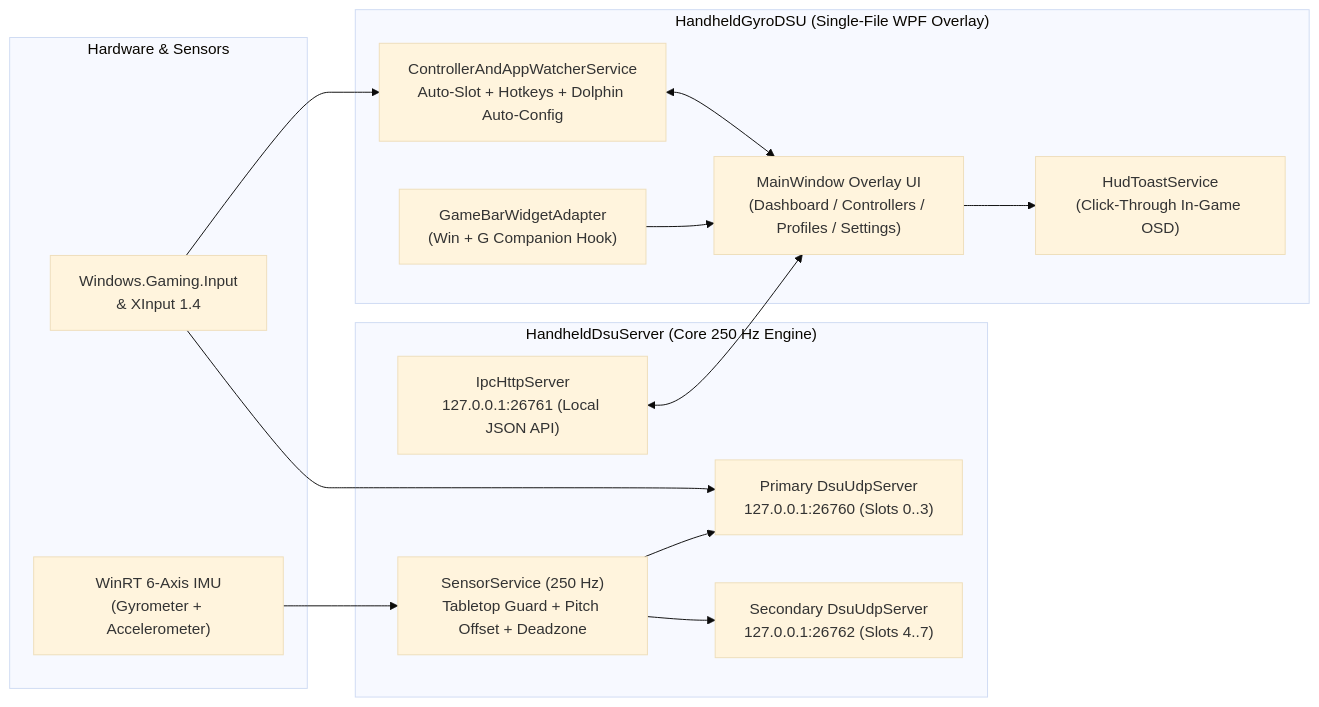
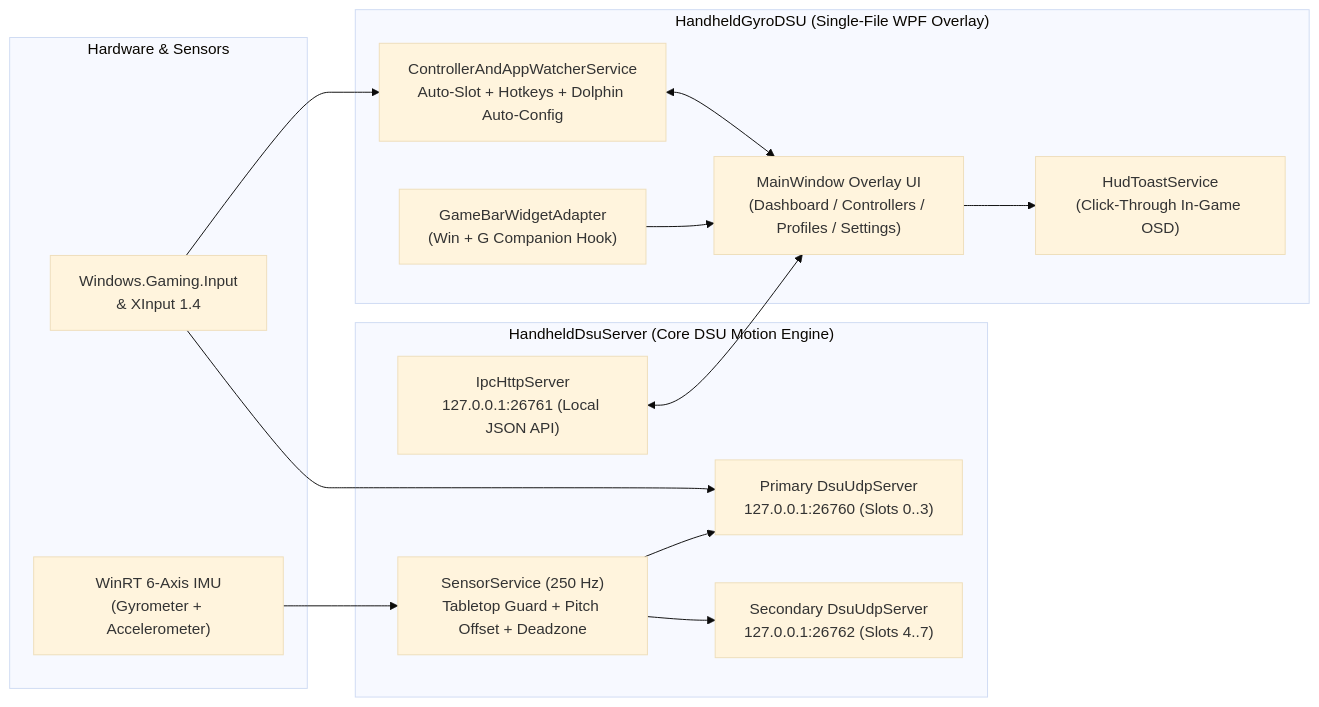
The diagram in README.md (brktlhylmz/HandheldGyroDSU), drawn with Mermaid (base theme) before and after one commit. The commit also changed other lines of this file and 8 other files, not shown here.

````diff
--- a/README.md
+++ b/README.md
@@ -124,31 +135,31 @@
 ```mermaid
 flowchart LR
     subgraph Hardware ["Hardware & Sensors"]
         IMU["WinRT 6-Axis IMU\n(Gyrometer + Accelerometer)"]
         WGI["Windows.Gaming.Input\n& XInput 1.4"]
     end
 
-    subgraph Engine ["HandheldDsuServer (Core 250 Hz Engine)"]
+    subgraph Engine ["HandheldDsuServer (Core DSU Motion Engine)"]
         SS["SensorService (250 Hz)\nTabletop Guard + Pitch Offset + Deadzone"]
         UDP1["Primary DsuUdpServer\n127.0.0.1:26760 (Slots 0..3)"]
         UDP2["Secondary DsuUdpServer\n127.0.0.1:26762 (Slots 4..7)"]
         IPC["IpcHttpServer\n127.0.0.1:26761 (Local JSON API)"]
     end
 
     subgraph UI ["HandheldGyroDSU (Single-File WPF Overlay)"]
         MW["MainWindow Overlay UI\n(Dashboard / Controllers / Profiles / Settings)"]
         CW["ControllerAndAppWatcherService\nAuto-Slot + Hotkeys + Dolphin Auto-Config"]
         GB["GameBarWidgetAdapter\n(Win + G Companion Hook)"]
         HUD["HudToastService\n(Click-Through In-Game OSD)"]
     end
 
     IMU --> SS
     WGI --> CW
     WGI --> UDP1
     SS --> UDP1
     SS --> UDP2
     IPC <--> MW
     CW <--> MW
     GB --> MW
     MW --> HUD
 ```
````
